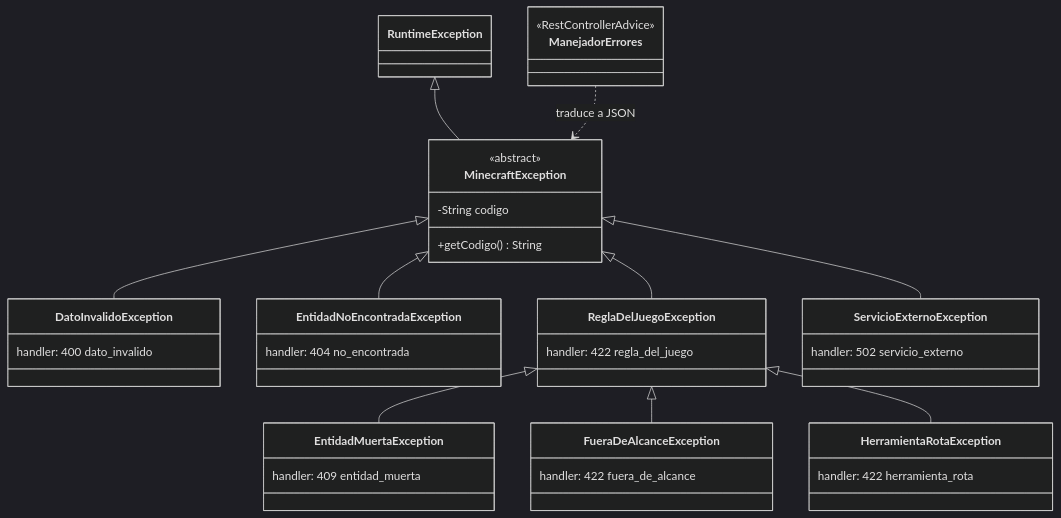
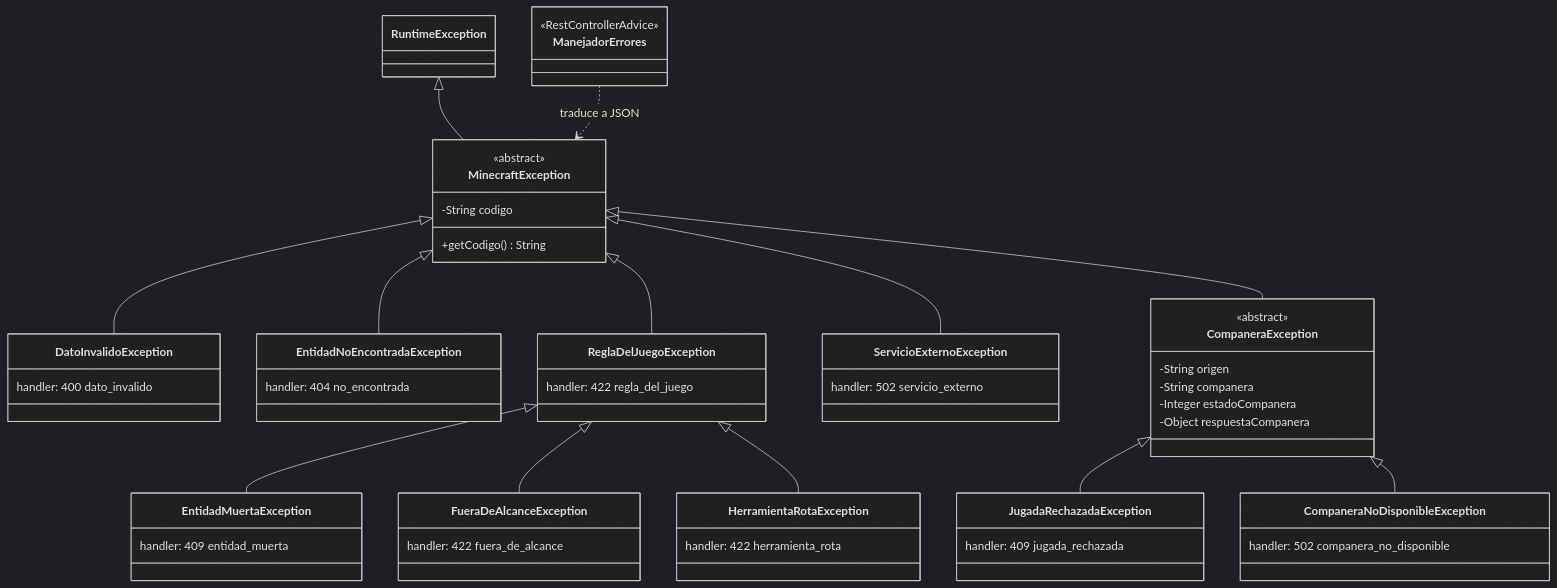
One commit to IrinaInsfran/ii-taller-git-2026 changed the third of 3 diagrams in README.md. Above: the diagram before and after it, drawn with Mermaid (dark theme). The commit also changed other lines of this file and 1 other file, not shown here.

````diff
--- a/README.md
+++ b/README.md
@@ -448,43 +578,59 @@
 ```mermaid
 classDiagram
     class RuntimeException
     class MinecraftException {
         <<abstract>>
         -String codigo
         +getCodigo() String
     }
     class DatoInvalidoException {
         handler: 400 dato_invalido
     }
     class EntidadNoEncontradaException {
         handler: 404 no_encontrada
     }
     class ReglaDelJuegoException {
         handler: 422 regla_del_juego
     }
     class EntidadMuertaException {
         handler: 409 entidad_muerta
     }
     class FueraDeAlcanceException {
         handler: 422 fuera_de_alcance
     }
     class HerramientaRotaException {
         handler: 422 herramienta_rota
     }
     class ServicioExternoException {
         handler: 502 servicio_externo
     }
+    class CompaneraException {
+        <<abstract>>
+        -String origen
+        -String companera
+        -Integer estadoCompanera
+        -Object respuestaCompanera
+    }
+    class JugadaRechazadaException {
+        handler: 409 jugada_rechazada
+    }
+    class CompaneraNoDisponibleException {
+        handler: 502 companera_no_disponible
+    }
     class ManejadorErrores {
         <<RestControllerAdvice>>
     }
 
     RuntimeException <|-- MinecraftException
     MinecraftException <|-- DatoInvalidoException
     MinecraftException <|-- EntidadNoEncontradaException
     MinecraftException <|-- ReglaDelJuegoException
     ReglaDelJuegoException <|-- EntidadMuertaException
     ReglaDelJuegoException <|-- FueraDeAlcanceException
     ReglaDelJuegoException <|-- HerramientaRotaException
     MinecraftException <|-- ServicioExternoException
+    MinecraftException <|-- CompaneraException
+    CompaneraException <|-- JugadaRechazadaException
+    CompaneraException <|-- CompaneraNoDisponibleException
     ManejadorErrores ..> MinecraftException : traduce a JSON
 ```
````
